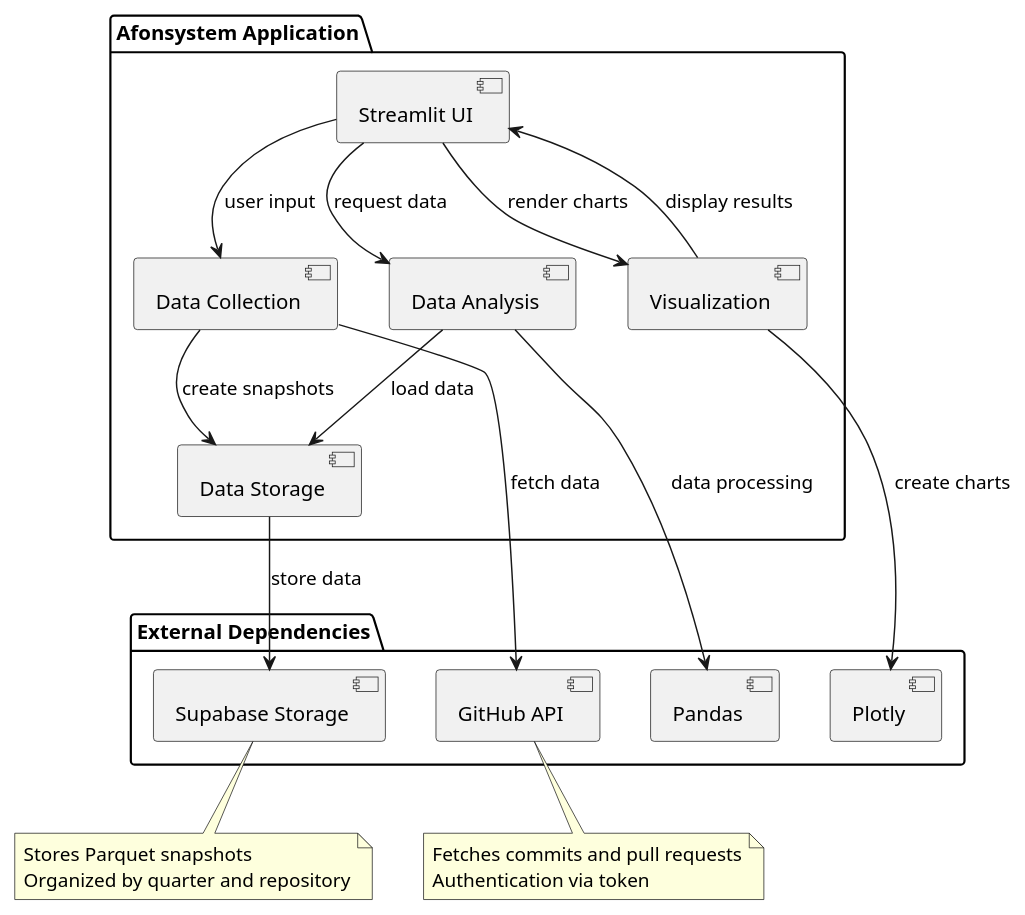
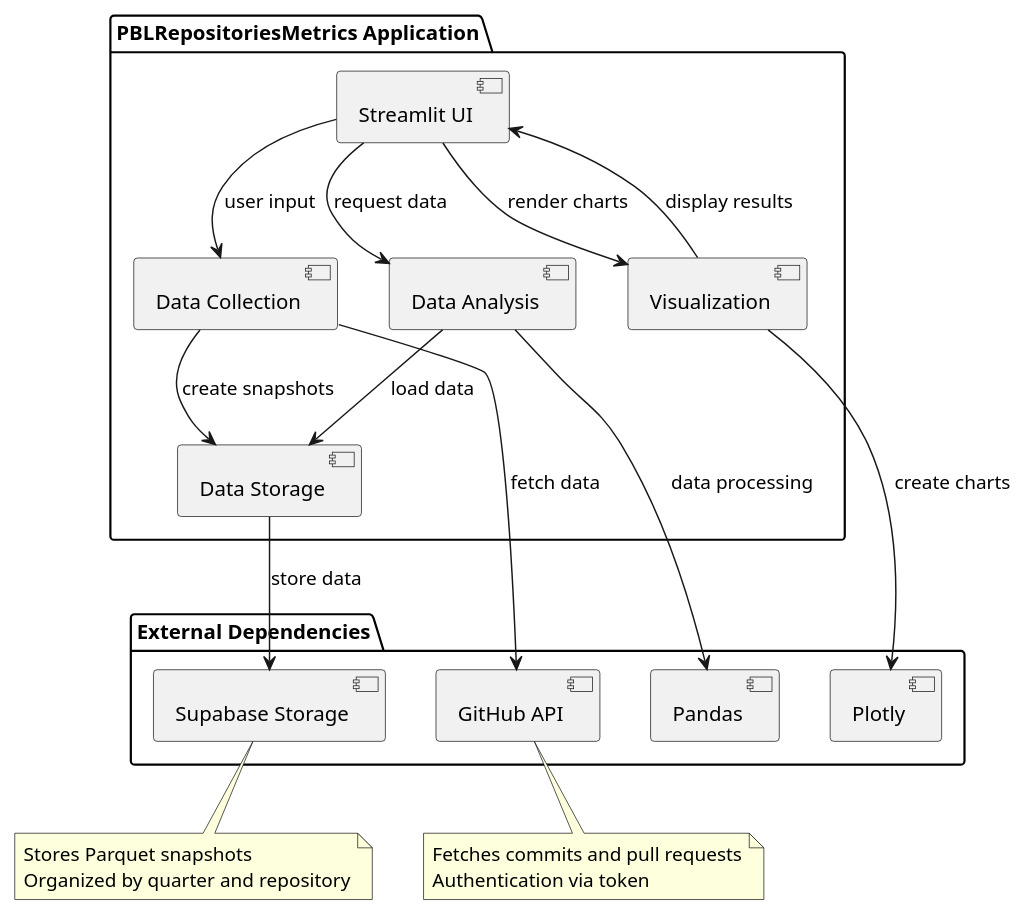
Before and after one commit to afonsolelis/pesquisa_modelo_gd_apb: the diagram in artigos/softwarex/sistema/component_diagram.puml, drawn with PlantUML. The commit also changed 6 other files, not shown here.

Commit message:
feat(diagrams): update UML diagrams to use PBLRepositoriesMetrics name instead of Afonsystem

```diff
--- a/artigos/softwarex/sistema/component_diagram.puml
+++ b/artigos/softwarex/sistema/component_diagram.puml
@@ -1,37 +1,37 @@
 @startuml
-package "Afonsystem Application" {
+package "PBLRepositoriesMetrics Application" {
   [Streamlit UI] as UI
   [Data Collection] as DC
   [Data Storage] as DS
   [Data Analysis] as DA
   [Visualization] as VIZ
 }
 
 package "External Dependencies" {
   [GitHub API]
   [Supabase Storage]
   [Pandas]
   [Plotly]
 }
 
 UI --> DC : user input
 UI --> DA : request data
 UI --> VIZ : render charts
 DC --> [GitHub API] : fetch data
 DC --> DS : create snapshots
 DS --> [Supabase Storage] : store data
 DA --> DS : load data
 DA --> [Pandas] : data processing
 VIZ --> [Plotly] : create charts
 VIZ --> UI : display results
 
 note bottom of [Supabase Storage]
   Stores Parquet snapshots
   Organized by quarter and repository
 end note
 
 note bottom of [GitHub API]
   Fetches commits and pull requests
   Authentication via token
 end note
 @enduml
```
